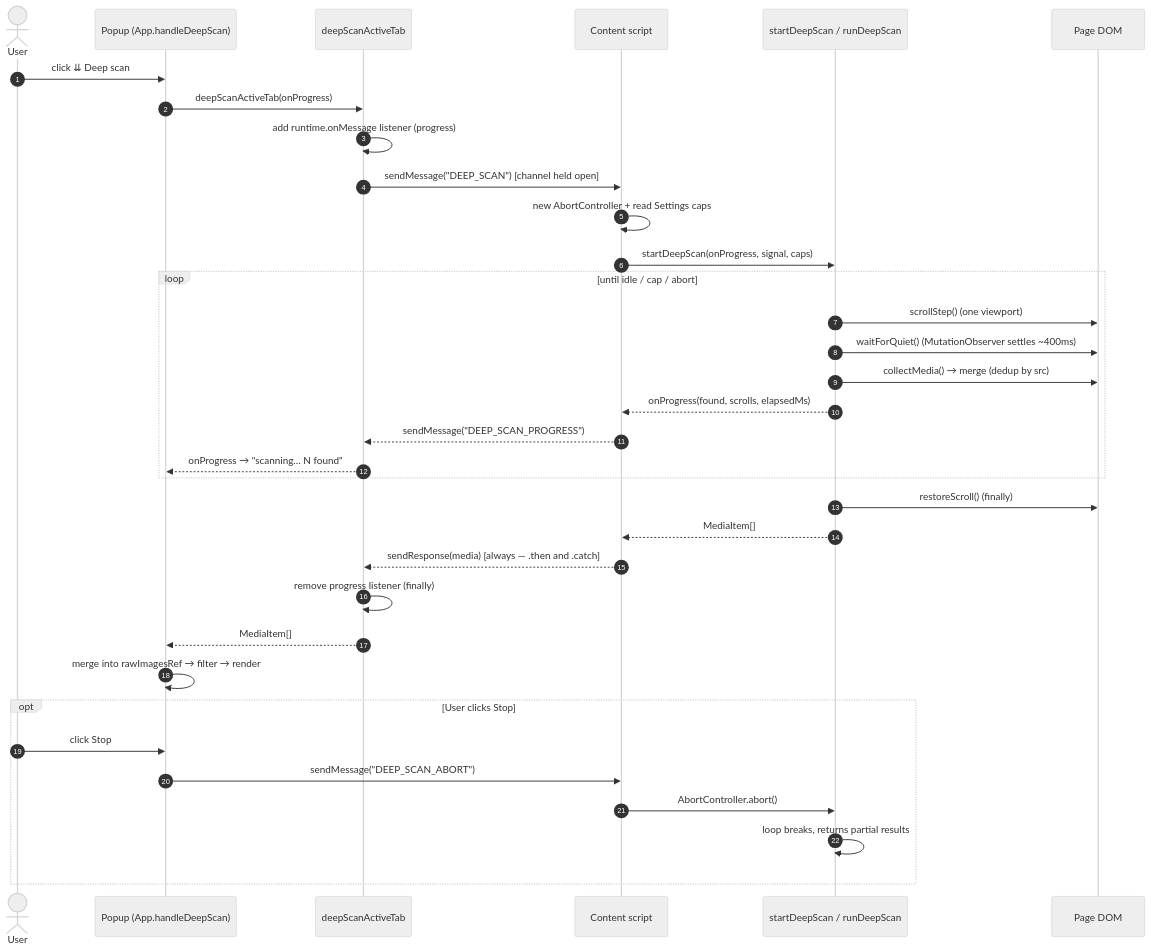
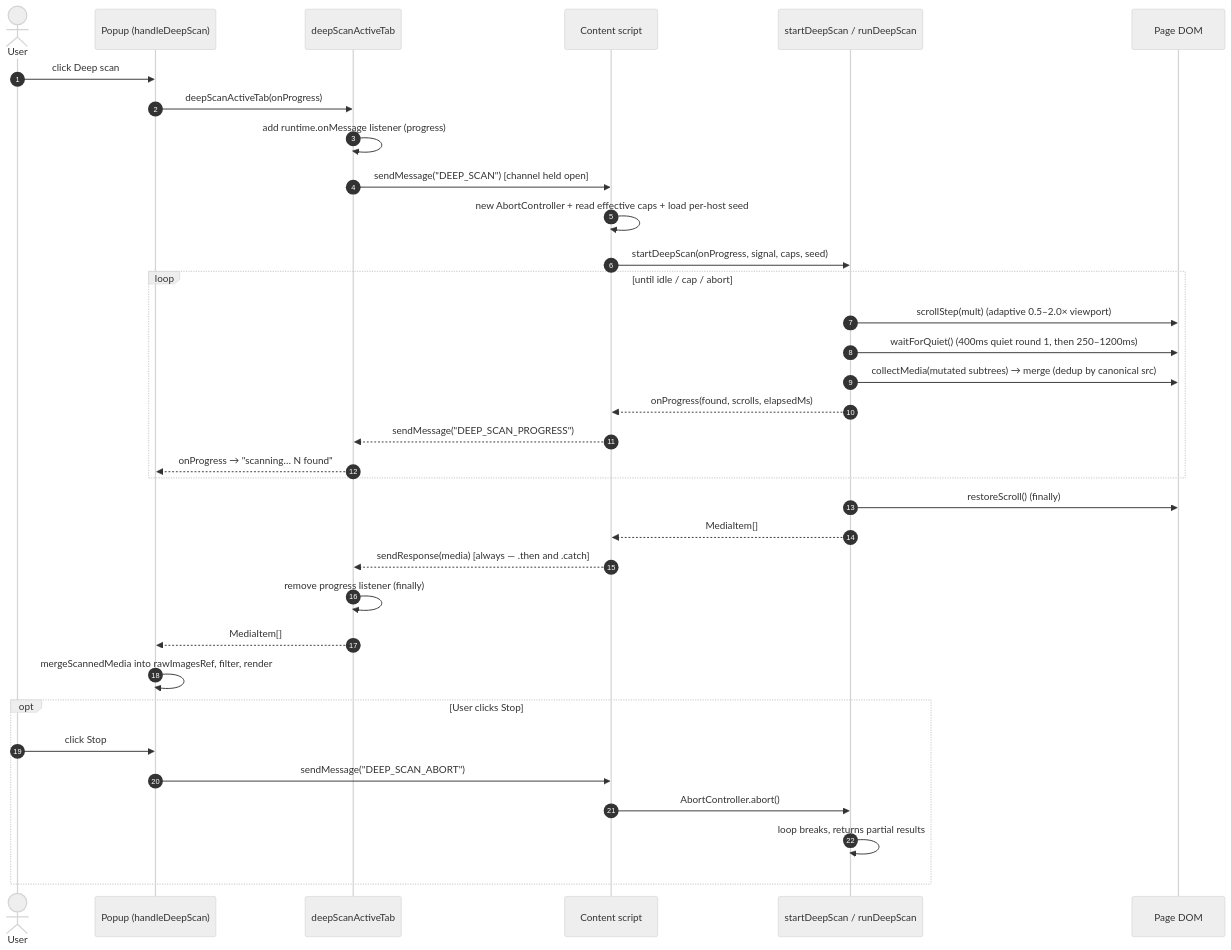
One commit to mralaminahamed/media-bulk-downloads changed the first of 3 diagrams in docs/guides/deep-scan.md. Above: the diagram before and after it, drawn with Mermaid (neutral theme). The commit also changed other lines of this file and 2 other files, not shown here.

First line of the commit message:
docs(guides): rewrite download-paths, bubble, deep-scan (verified vs code)

````diff
--- a/docs/guides/deep-scan.md
+++ b/docs/guides/deep-scan.md
@@ -10,38 +11,38 @@
 ```mermaid
 sequenceDiagram
   autonumber
   actor U as User
-  participant P as Popup (App.handleDeepScan)
+  participant P as Popup (handleDeepScan)
   participant C as deepScanActiveTab
   participant CS as Content script
   participant R as startDeepScan / runDeepScan
   participant DOM as Page DOM
 
-  U->>P: click ⇊ Deep scan
+  U->>P: click Deep scan
   P->>C: deepScanActiveTab(onProgress)
   C->>C: add runtime.onMessage listener (progress)
   C->>CS: sendMessage("DEEP_SCAN")  [channel held open]
-  CS->>CS: new AbortController + read Settings caps
-  CS->>R: startDeepScan(onProgress, signal, caps)
+  CS->>CS: new AbortController + read effective caps + load per-host seed
+  CS->>R: startDeepScan(onProgress, signal, caps, seed)
   loop until idle / cap / abort
-    R->>DOM: scrollStep() (one viewport)
-    R->>DOM: waitForQuiet() (MutationObserver settles ~400ms)
-    R->>DOM: collectMedia() → merge (dedup by src)
+    R->>DOM: scrollStep(mult) (adaptive 0.5–2.0× viewport)
+    R->>DOM: waitForQuiet() (400ms quiet round 1, then 250–1200ms)
+    R->>DOM: collectMedia(mutated subtrees) → merge (dedup by canonical src)
     R-->>CS: onProgress(found, scrolls, elapsedMs)
     CS-->>C: sendMessage("DEEP_SCAN_PROGRESS")
     C-->>P: onProgress → "scanning… N found"
   end
   R->>DOM: restoreScroll() (finally)
   R-->>CS: MediaItem[]
   CS-->>C: sendResponse(media)  [always — .then and .catch]
   C->>C: remove progress listener (finally)
   C-->>P: MediaItem[]
-  P->>P: merge into rawImagesRef → filter → render
+  P->>P: mergeScannedMedia into rawImagesRef, filter, render
 
   opt User clicks Stop
     U->>P: click Stop
     P->>CS: sendMessage("DEEP_SCAN_ABORT")
     CS->>R: AbortController.abort()
     R->>R: loop breaks, returns partial results
   end
 ```
````
